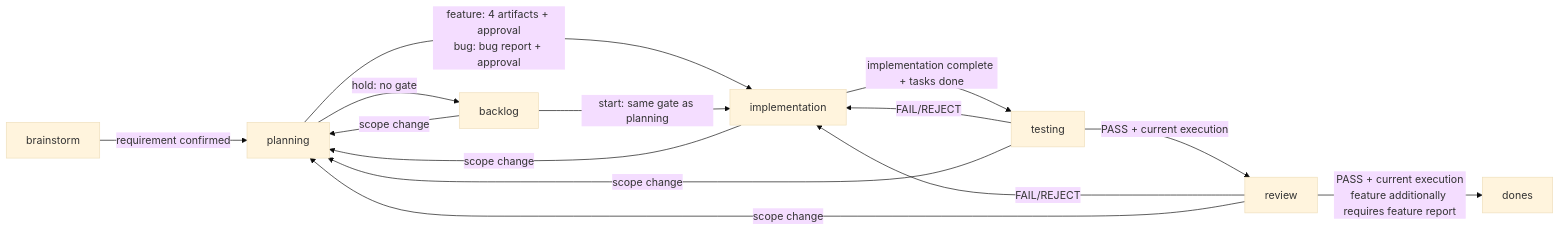
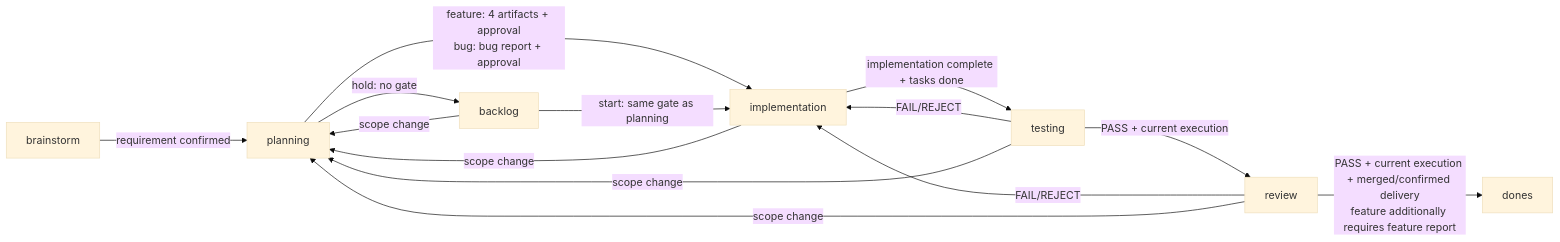
The diagram in docs/workflow/gates.md (phuthuycoding/kanban-flow), drawn with Mermaid (base theme) before and after one commit. The commit also changed 27 other files, not shown here.

````diff
--- a/docs/workflow/gates.md
+++ b/docs/workflow/gates.md
@@ -43,16 +43,16 @@
 ```mermaid
 flowchart LR
     B[brainstorm] -->|requirement confirmed| P[planning]
     P -->|feature: 4 artifacts + approval<br/>bug: bug report + approval| I[implementation]
     I -->|implementation complete + tasks done| T[testing]
     T -->|PASS + current execution| R[review]
     T -->|FAIL/REJECT| I
-    R -->|PASS + current execution<br/>feature additionally requires feature report| D[dones]
+    R -->|PASS + current execution + merged/confirmed delivery<br/>feature additionally requires feature report| D[dones]
     R -->|FAIL/REJECT| I
     T -->|scope change| P
     R -->|scope change| P
     P -->|hold: no gate| BL[backlog]
     BL -->|start: same gate as planning| I
     BL -->|scope change| P
     I -->|scope change| P
 ```
````
